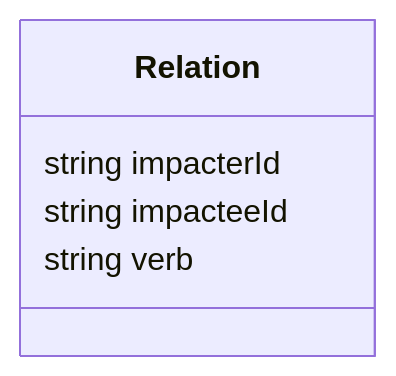
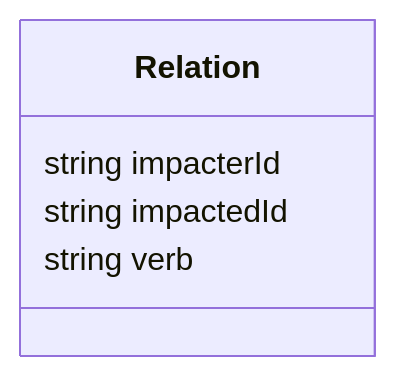
Before and after one commit to codexstanford/Insurance-Payout-Ontology: the diagram in datamodel-build/mermaid/Relation.mmd, drawn with Mermaid. The commit also changed 82 other files, not shown here.

```diff
--- a/datamodel-build/mermaid/Relation.mmd
+++ b/datamodel-build/mermaid/Relation.mmd
@@ -1,10 +1,10 @@
 classDiagram
   
 
 class Relation {
 
   string impacterId
-  string impacteeId
+  string impactedId
   string verb
 
 }
```
